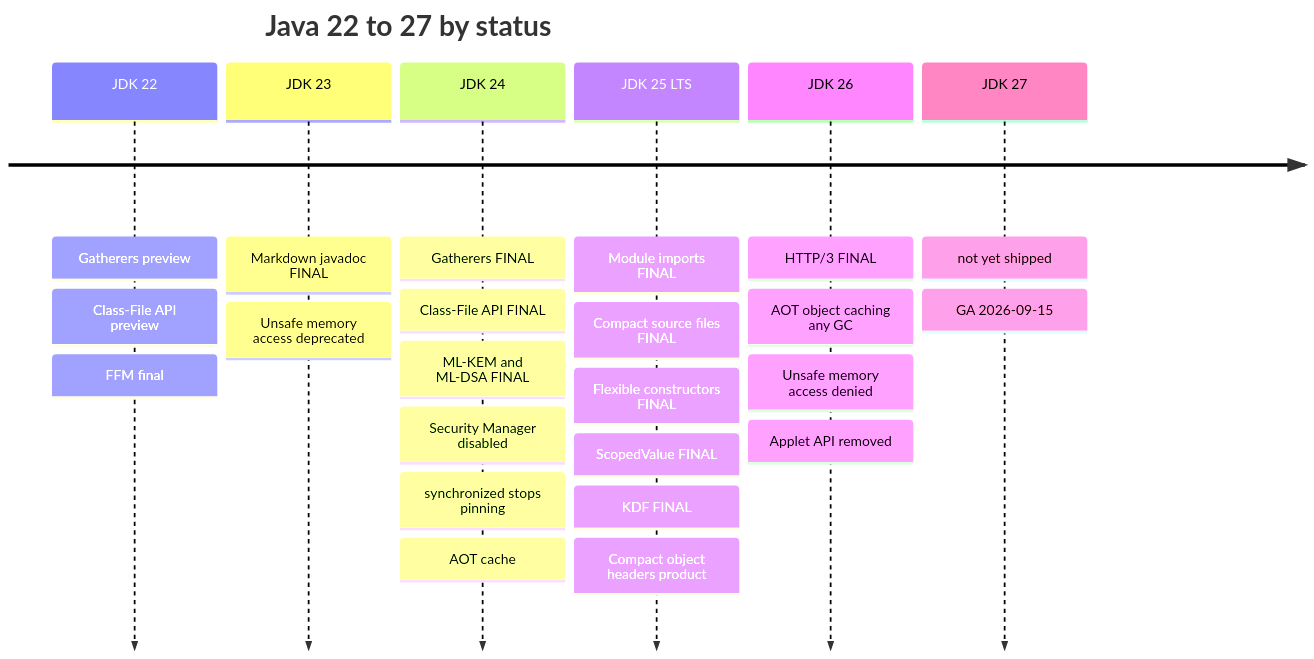
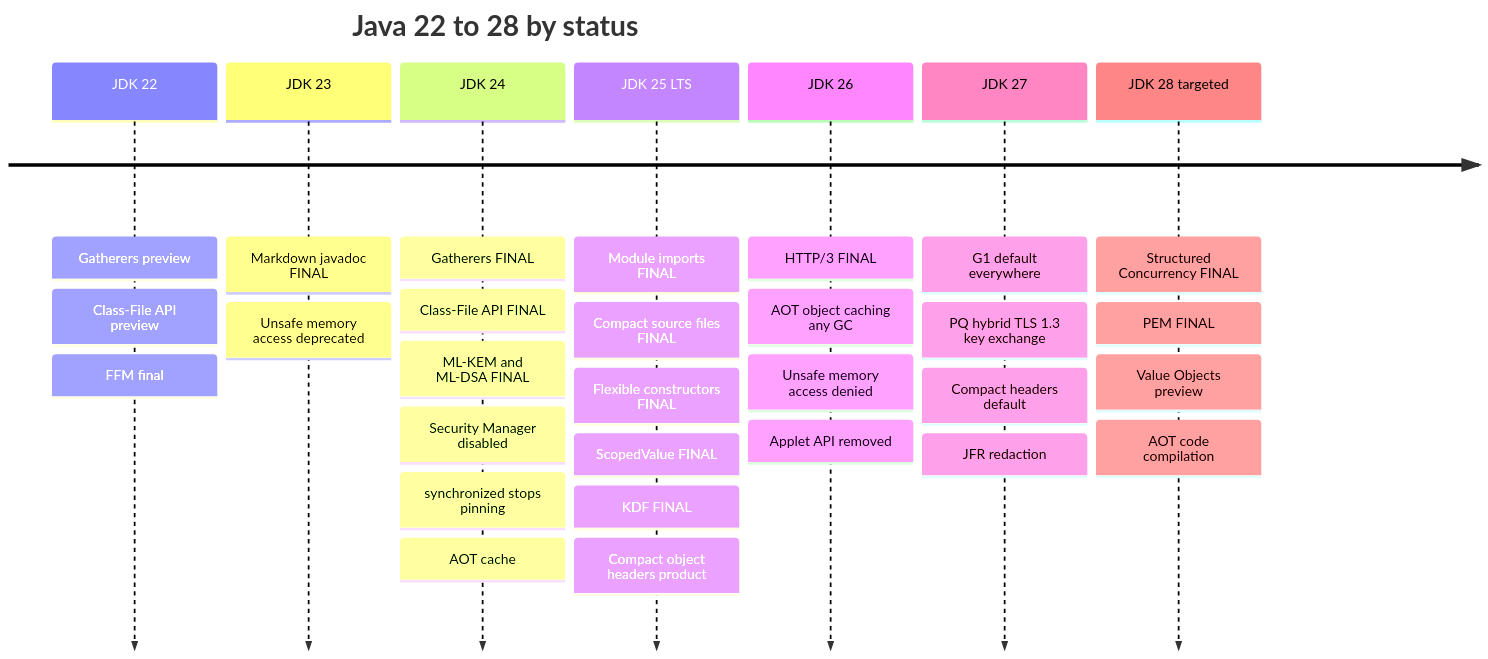
One commit to rppol/system-design changed the first of 2 diagrams in src/main/java/com/rutik/systemdesign/java/java22_to_26_features/java22_to_26_features.md. Above: the diagram before and after it, drawn with Mermaid. The commit also changed other lines of this file and 655 other files, not shown here.

````diff
--- a/src/main/java/com/rutik/systemdesign/java/java22_to_26_features/java22_to_26_features.md
+++ b/src/main/java/com/rutik/systemdesign/java/java22_to_26_features/java22_to_26_features.md
@@ -105,10 +121,11 @@
 ```mermaid
 timeline
-    title Java 22 to 27 by status
+    title Java 22 to 28 by status
     JDK 22 : Gatherers preview : Class-File API preview : FFM final
     JDK 23 : Markdown javadoc FINAL : Unsafe memory access deprecated
     JDK 24 : Gatherers FINAL : Class-File API FINAL : ML-KEM and ML-DSA FINAL : Security Manager disabled : synchronized stops pinning : AOT cache
     JDK 25 LTS : Module imports FINAL : Compact source files FINAL : Flexible constructors FINAL : ScopedValue FINAL : KDF FINAL : Compact object headers product
     JDK 26 : HTTP/3 FINAL : AOT object caching any GC : Unsafe memory access denied : Applet API removed
-    JDK 27 : not yet shipped : GA 2026-09-15
+    JDK 27 : G1 default everywhere : PQ hybrid TLS 1.3 key exchange : Compact headers default : JFR redaction
+    JDK 28 targeted : Structured Concurrency FINAL : PEM FINAL : Value Objects preview : AOT code compilation
 ```
````
